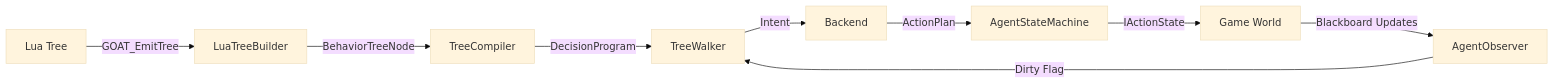
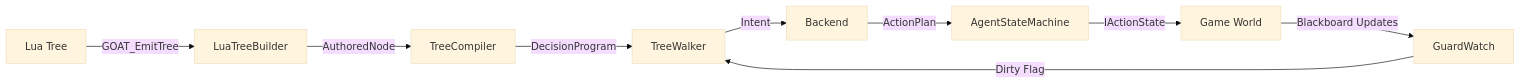
Before and after one commit to jabbadablack/G.O.A.T: the second of 2 diagrams in Docs/01 - Architecture/Data Flow.md, drawn with Mermaid (base theme). The commit also changed other lines of this file and 44 other files, not shown here.

````diff
--- a/Docs/01 - Architecture/Data Flow.md
+++ b/Docs/01 - Architecture/Data Flow.md
@@ -405,11 +405,11 @@
 ```mermaid
 flowchart LR
     A[Lua Tree] -->|GOAT_EmitTree| B[LuaTreeBuilder]
-    B -->|BehaviorTreeNode| C[TreeCompiler]
+    B -->|AuthoredNode| C[TreeCompiler]
     C -->|DecisionProgram| D[TreeWalker]
     D -->|Intent| E[Backend]
     E -->|ActionPlan| F[AgentStateMachine]
     F -->|IActionState| G[Game World]
-    G -->|Blackboard Updates| H[AgentObserver]
+    G -->|Blackboard Updates| H[GuardWatch]
     H -->|Dirty Flag| D
 ```
````
